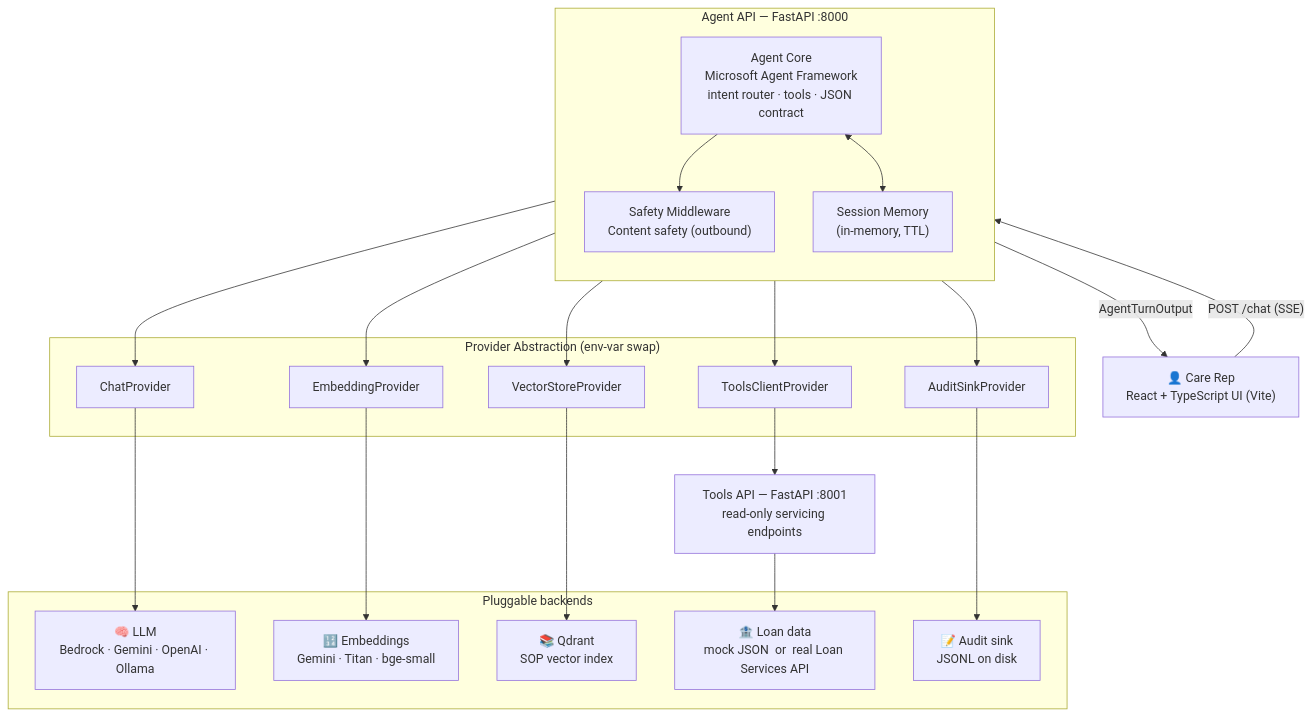
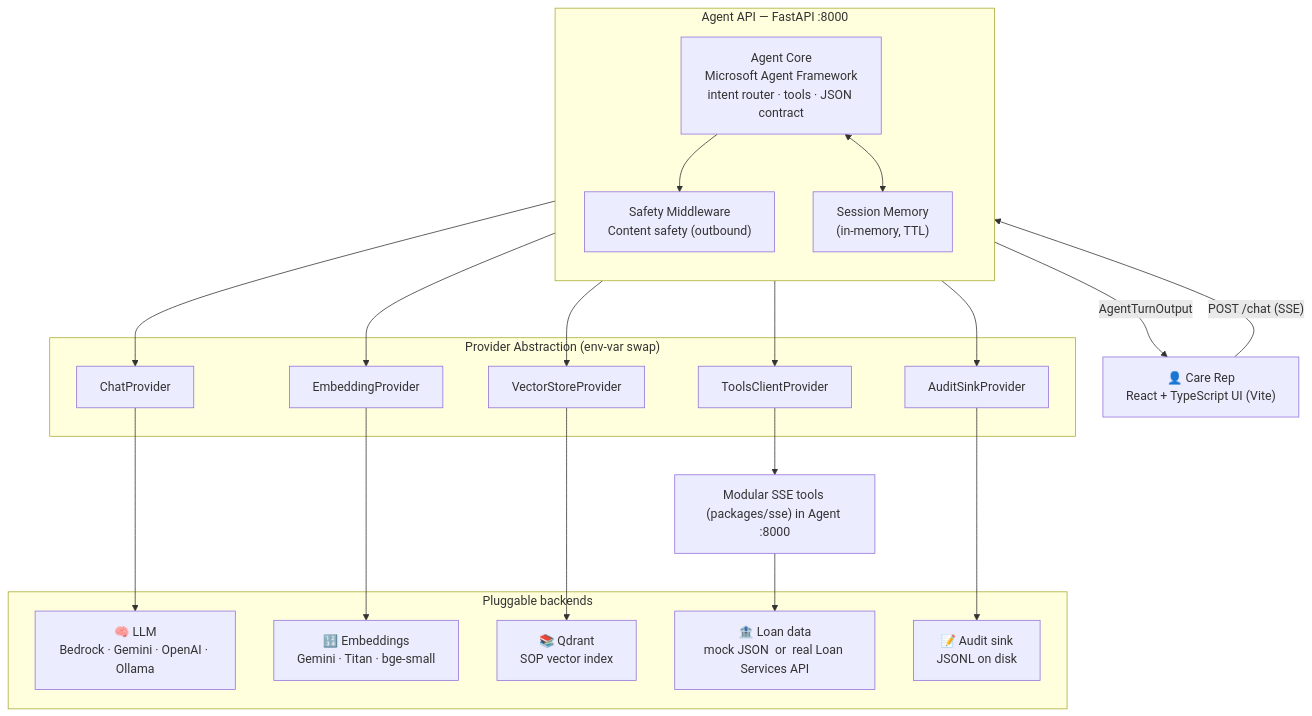
Before and after one commit to mohit-bohra-dev/LoanOps-Agent: the first of 5 diagrams in presentations/demo-pitch/architecture.md, drawn with Mermaid. The commit also changed other lines of this file and 28 other files, not shown here.

First line of the commit message:
chore: remove tools_api; document SSE-only answer path

````diff
--- a/presentations/demo-pitch/architecture.md
+++ b/presentations/demo-pitch/architecture.md
@@ -27,41 +27,41 @@
 ```mermaid
 flowchart TB
     Rep["👤 Care Rep<br/>React + TypeScript UI (Vite)"]
 
     subgraph AgentAPI["Agent API — FastAPI :8000"]
         direction TB
         Core["Agent Core<br/>Microsoft Agent Framework<br/>intent router · tools · JSON contract"]
         Mem["Session Memory<br/>(in-memory, TTL)"]
         SafetyOut["Safety Middleware<br/>Content safety (outbound)"]
         Core --> SafetyOut
         Core <--> Mem
     end
 
     subgraph Providers["Provider Abstraction (env-var swap)"]
         Chat["ChatProvider"]
         Embed["EmbeddingProvider"]
         VS["VectorStoreProvider"]
         Tools["ToolsClientProvider"]
         Audit["AuditSinkProvider"]
     end
 
-    ToolsAPI["Tools API — FastAPI :8001<br/>read-only servicing endpoints"]
+    ToolsAPI["Modular SSE tools (packages/sse) in Agent :8000"]
 
     subgraph Backends["Pluggable backends"]
         LLM["🧠 LLM<br/>Bedrock · Gemini · OpenAI · Ollama"]
         EMB["🔢 Embeddings<br/>Gemini · Titan · bge-small"]
         QDR["📚 Qdrant<br/>SOP vector index"]
         LOAN["🏦 Loan data<br/>mock JSON  or  real Loan Services API"]
         LOG["📝 Audit sink<br/>JSONL on disk"]
     end
 
     Rep -->|"POST /chat (SSE)"| Core
     SafetyOut -->|"AgentTurnOutput"| Rep
 
     Core --> Chat --> LLM
     Core --> VS --> QDR
     Core --> Embed --> EMB
     Core --> Tools --> ToolsAPI
     SafetyOut --> Audit --> LOG
     ToolsAPI --> LOAN
 ```
````
